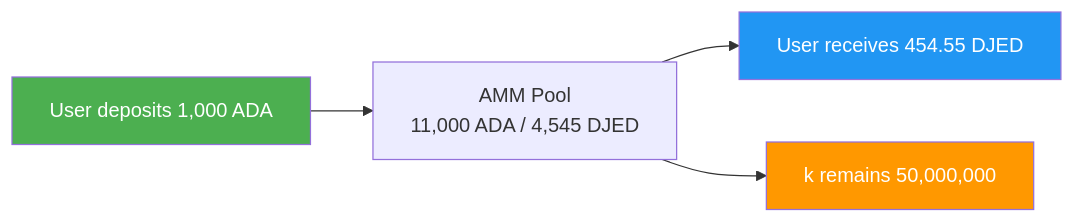
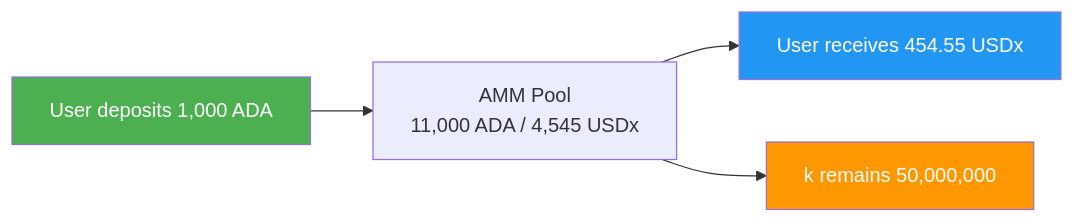
One commit to cardano-foundation/developer-portal changed the first of 3 diagrams in docs/developers/curriculum/05-dapps/defi.md. Above: the diagram before and after it, drawn with Mermaid. The commit also changed other lines of this file and 12 other files, not shown here.

````diff
--- a/docs/developers/curriculum/05-dapps/defi.md
+++ b/docs/developers/curriculum/05-dapps/defi.md
@@ -72,9 +76,9 @@
 ```mermaid
 graph LR
-    A[User deposits 1,000 ADA] --> B[AMM Pool\n11,000 ADA / 4,545 DJED]
-    B --> C[User receives 454.55 DJED]
+    A[User deposits 1,000 ADA] --> B[AMM Pool\n11,000 ADA / 4,545 USDx]
+    B --> C[User receives 454.55 USDx]
     B --> D[k remains 50,000,000]
     style A fill:#4CAF50,color:#fff
     style C fill:#2196F3,color:#fff
     style D fill:#FF9800,color:#fff
 ```
````
